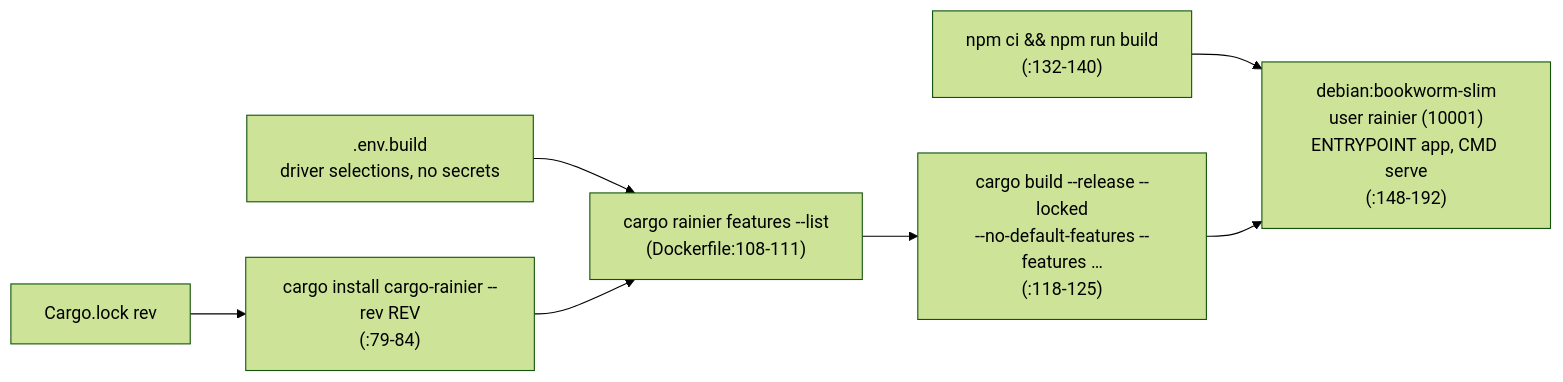
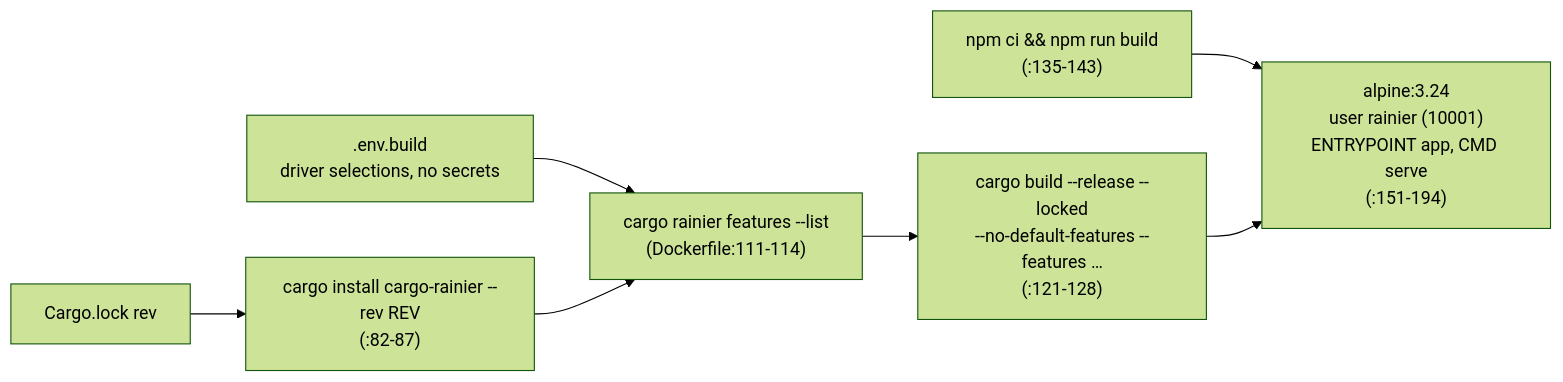
Before and after one commit to safewords/rainier-sample-project: the diagram in docs/features/docker-and-ci.md, drawn with Mermaid (forest theme). The commit also changed other lines of this file and 6 other files, not shown here.

First line of the commit message:
Build and run on Alpine: rust:1.100.0-alpine3.24 (musl, static binary), node:22-alpine3.24, alpine:3.24.

````diff
--- a/docs/features/docker-and-ci.md
+++ b/docs/features/docker-and-ci.md
@@ -20,8 +21,8 @@
 ```mermaid
 flowchart LR
-  envb[".env.build<br/>driver selections, no secrets"] --> sizer["cargo rainier features --list<br/>(Dockerfile:108-111)"]
-  lock[Cargo.lock rev] --> inst["cargo install cargo-rainier --rev REV<br/>(:79-84)"] --> sizer
-  sizer --> build["cargo build --release --locked<br/>--no-default-features --features …<br/>(:118-125)"]
-  npm["npm ci && npm run build<br/>(:132-140)"] --> rt
-  build --> rt["debian:bookworm-slim<br/>user rainier (10001)<br/>ENTRYPOINT app, CMD serve<br/>(:148-192)"]
+  envb[".env.build<br/>driver selections, no secrets"] --> sizer["cargo rainier features --list<br/>(Dockerfile:111-114)"]
+  lock[Cargo.lock rev] --> inst["cargo install cargo-rainier --rev REV<br/>(:82-87)"] --> sizer
+  sizer --> build["cargo build --release --locked<br/>--no-default-features --features …<br/>(:121-128)"]
+  npm["npm ci && npm run build<br/>(:135-143)"] --> rt
+  build --> rt["alpine:3.24<br/>user rainier (10001)<br/>ENTRYPOINT app, CMD serve<br/>(:151-194)"]
 ```
````
